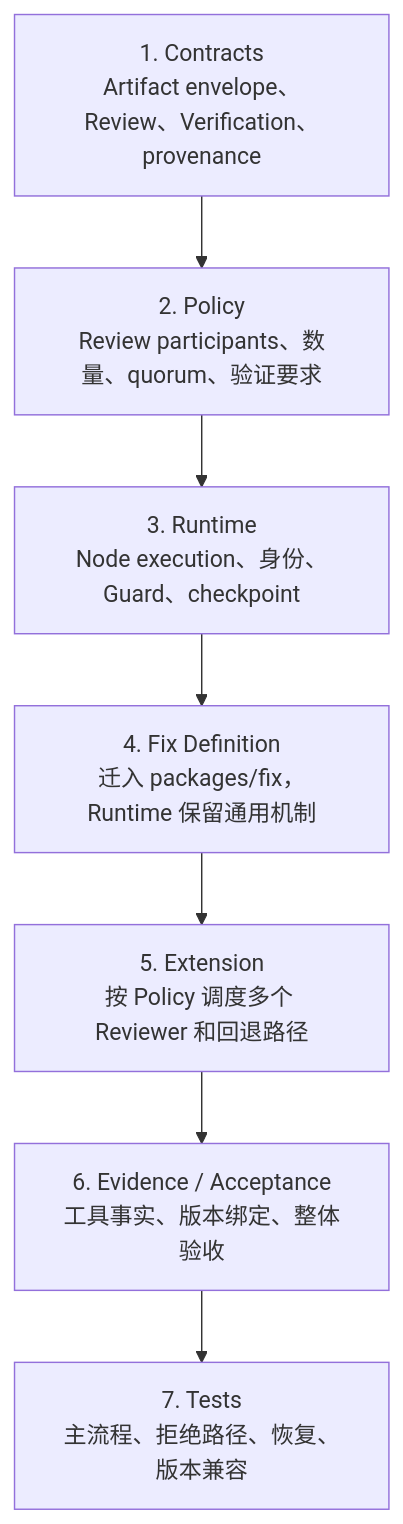
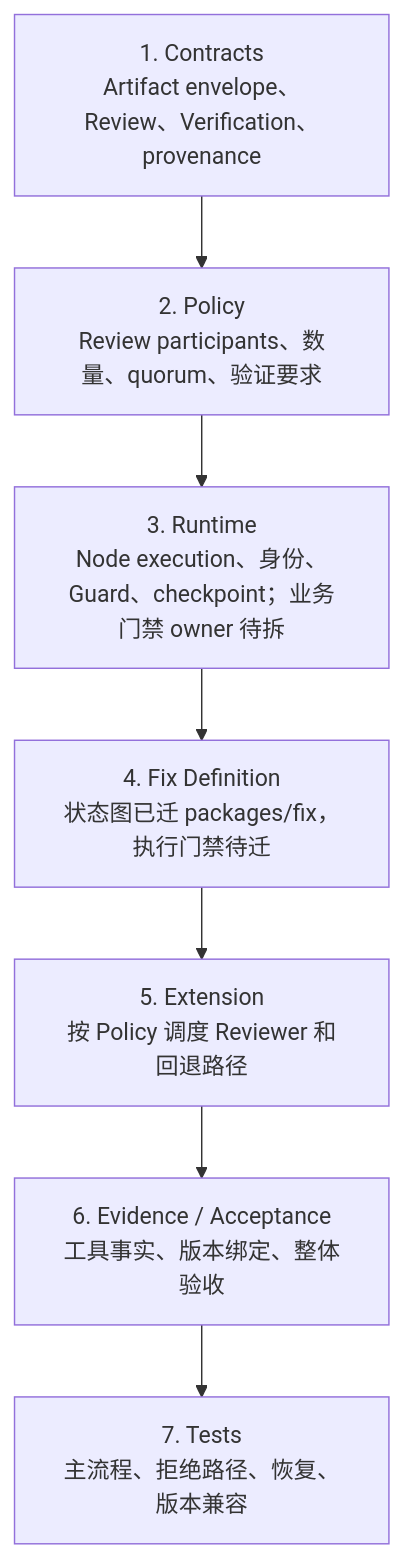
Before and after one commit to ZHOUKAILIAN/my-pi-extension: the tenth of 10 diagrams in docs/02-产品实现/fix-runtime-technical-design.md, drawn with Mermaid. The commit also changed other lines of this file and 30 other files, not shown here.

First line of the commit message:
fix: 对齐 Fix v2 Runtime Acceptance/Review 门禁并记录 owner drift

````diff
--- a/docs/02-产品实现/fix-runtime-technical-design.md
+++ b/docs/02-产品实现/fix-runtime-technical-design.md
@@ -949,19 +1117,19 @@
 ```mermaid
 flowchart TD
   contracts[1. Contracts
 Artifact envelope、Review、Verification、provenance]
   policy[2. Policy
 Review participants、数量、quorum、验证要求]
   runtime[3. Runtime
-Node execution、身份、Guard、checkpoint]
+Node execution、身份、Guard、checkpoint；业务门禁 owner 待拆]
   fixDefinition[4. Fix Definition
-迁入 packages/fix，Runtime 保留通用机制]
+状态图已迁 packages/fix，执行门禁待迁]
   extension[5. Extension
-按 Policy 调度多个 Reviewer 和回退路径]
+按 Policy 调度 Reviewer 和回退路径]
   evidence[6. Evidence / Acceptance
 工具事实、版本绑定、整体验收]
   tests[7. Tests
 主流程、拒绝路径、恢复、版本兼容]
 
   contracts --> policy --> runtime --> fixDefinition --> extension --> evidence --> tests
 ```
````
